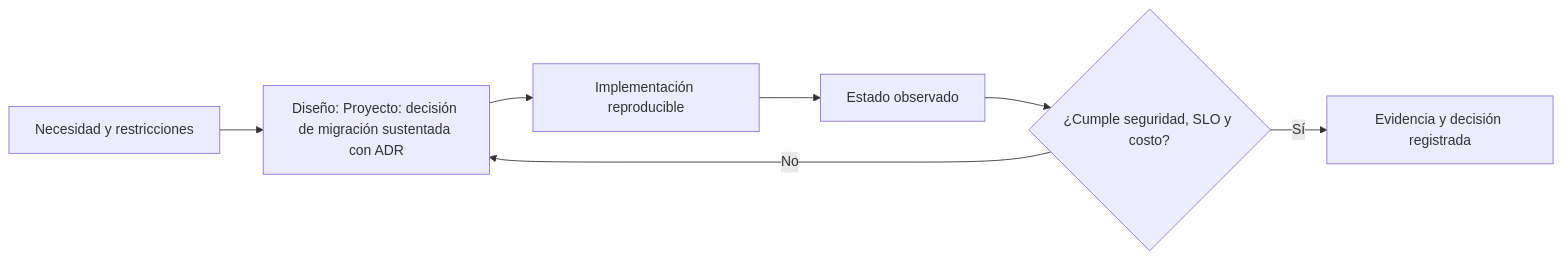
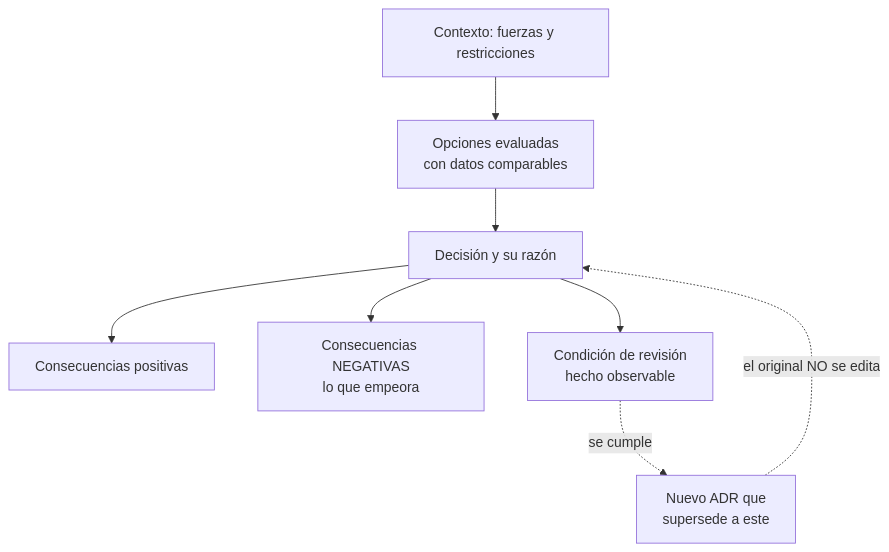
Before and after one commit to vladimiracunadev-create/multi-cloud-engineering-program: the diagram in classes/part-01-cloud-principles-strategy-adoption/024-proyecto-decision-de-migracion-sustentada-con-adr/README.md, drawn with Mermaid. The commit also changed other lines of this file and 42 other files, not shown here.

````diff
--- a/classes/part-01-cloud-principles-strategy-adoption/024-proyecto-decision-de-migracion-sustentada-con-adr/README.md
+++ b/classes/part-01-cloud-principles-strategy-adoption/024-proyecto-decision-de-migracion-sustentada-con-adr/README.md
@@ -47,9 +44,10 @@
 ```mermaid
-flowchart LR
-    A["Necesidad y restricciones"] --> B["Diseño: Proyecto: decisión de migración sustentada con ADR"]
-    B --> C["Implementación reproducible"]
-    C --> D["Estado observado"]
-    D --> E{"¿Cumple seguridad, SLO y costo?"}
-    E -- "No" --> B
-    E -- "Sí" --> F["Evidencia y decisión registrada"]
+flowchart TB
+    C["Contexto: fuerzas y restricciones"] --> O["Opciones evaluadas<br/>con datos comparables"]
+    O --> D["Decisión y su razón"]
+    D --> CP["Consecuencias positivas"]
+    D --> CN["Consecuencias NEGATIVAS<br/>lo que empeora"]
+    D --> CR["Condición de revisión<br/>hecho observable"]
+    CR -.->|"se cumple"| N["Nuevo ADR que<br/>supersede a este"]
+    N -.->|"el original NO se edita"| D
 ```
````
